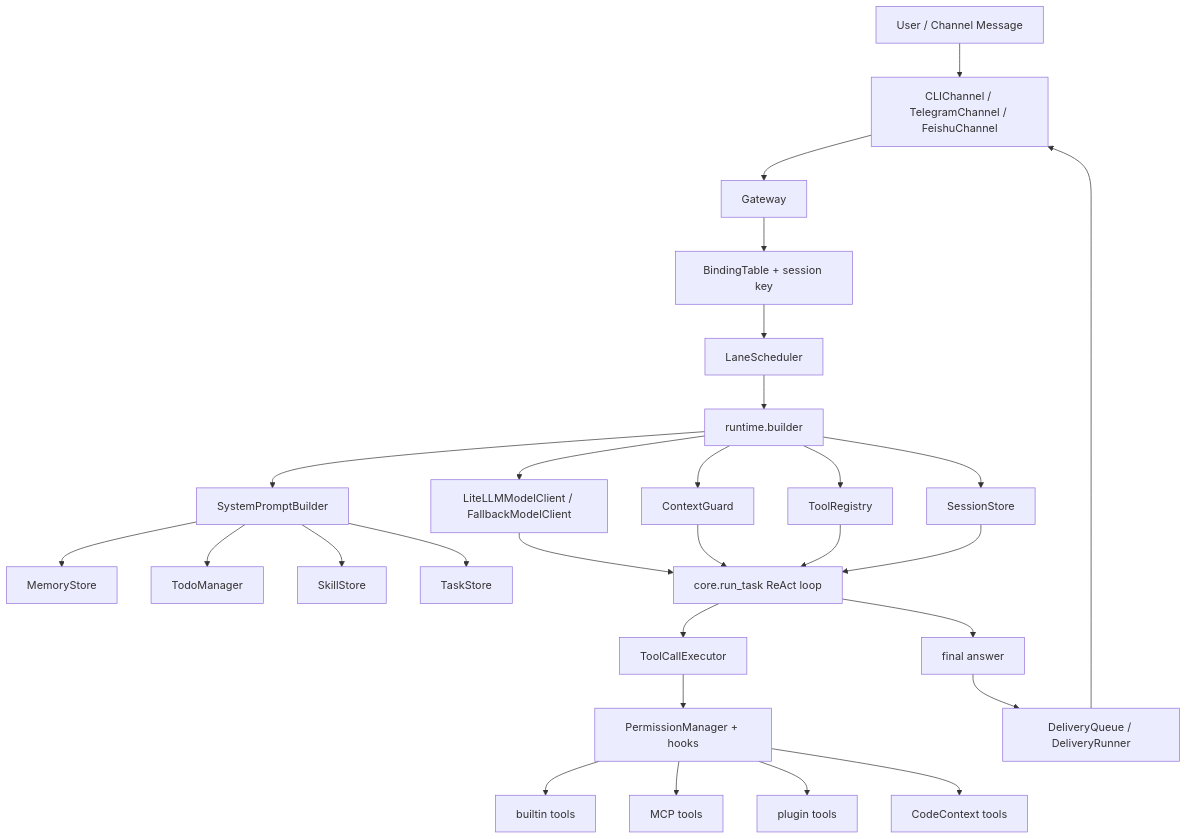
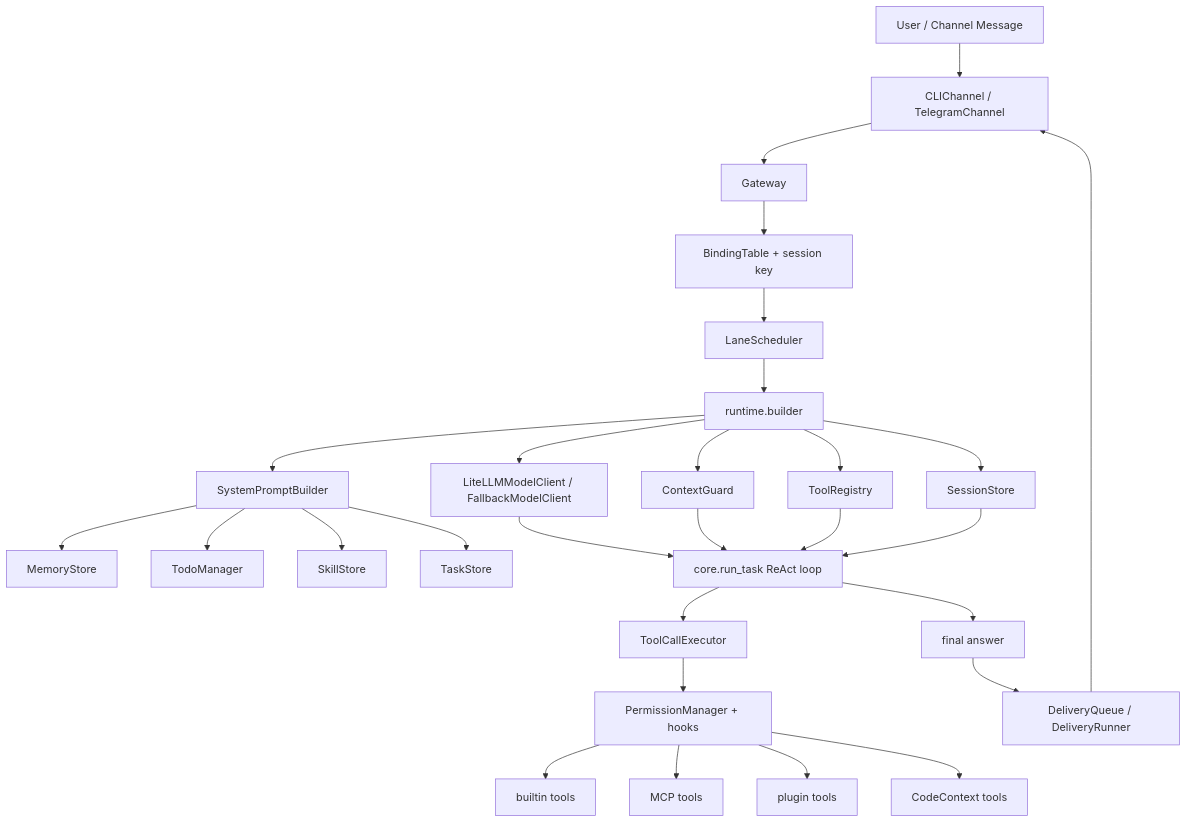
One commit to dahuangggg/zx-code changed the first of 3 diagrams in README.md. Above: the diagram before and after it, drawn with Mermaid. The commit also changed other lines of this file and 33 other files, not shown here.

````diff
--- a/README.md
+++ b/README.md
@@ -82,35 +82,35 @@
 ```mermaid
 flowchart TD
-    User["User / Channel Message"] --> Channel["CLIChannel / TelegramChannel / FeishuChannel"]
+    User["User / Channel Message"] --> Channel["CLIChannel / TelegramChannel"]
     Channel --> Gateway["Gateway"]
     Gateway --> Binding["BindingTable + session key"]
     Binding --> Lane["LaneScheduler"]
     Lane --> Runtime["runtime.builder"]
 
     Runtime --> Prompt["SystemPromptBuilder"]
     Runtime --> Context["ContextGuard"]
     Runtime --> Model["LiteLLMModelClient / FallbackModelClient"]
     Runtime --> Tools["ToolRegistry"]
     Runtime --> Store["SessionStore"]
 
     Prompt --> Memory["MemoryStore"]
     Prompt --> Todo["TodoManager"]
     Prompt --> Skills["SkillStore"]
     Prompt --> Tasks["TaskStore"]
 
     Model --> Loop["core.run_task ReAct loop"]
     Context --> Loop
     Tools --> Loop
     Store --> Loop
 
     Loop --> Executor["ToolCallExecutor"]
     Executor --> Permission["PermissionManager + hooks"]
     Permission --> Builtins["builtin tools"]
     Permission --> MCP["MCP tools"]
     Permission --> Plugins["plugin tools"]
     Permission --> CodeContext["CodeContext tools"]
 
     Loop --> Reply["final answer"]
     Reply --> Delivery["DeliveryQueue / DeliveryRunner"]
     Delivery --> Channel
 ```
````
